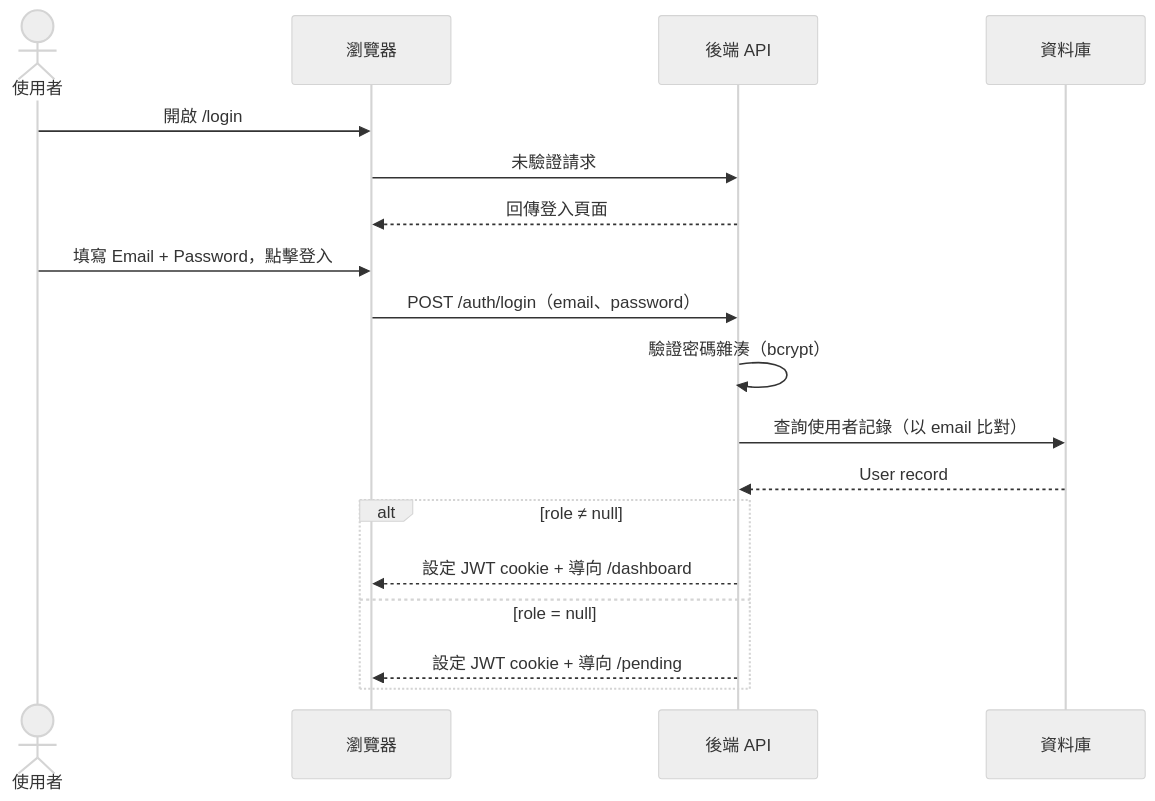
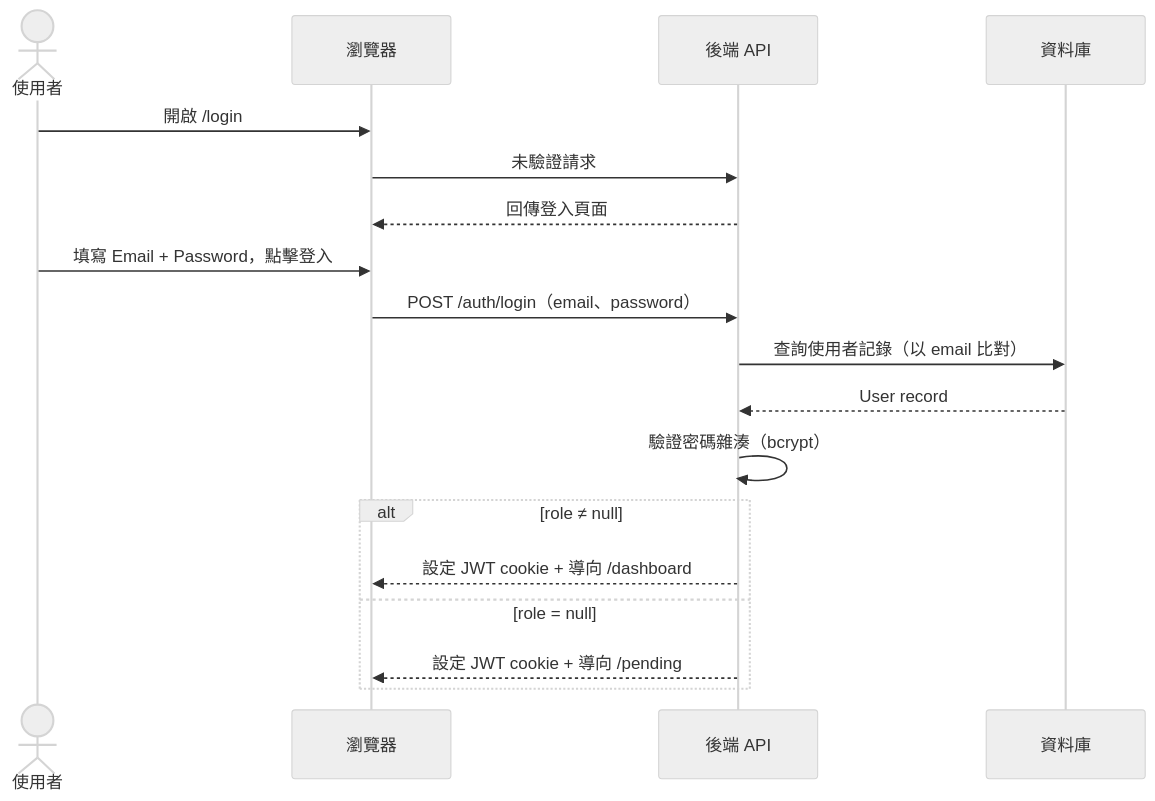
The first of 2 diagrams in specs/account/001-login-email-password/spec.md (singyichen/label-suite), drawn with Mermaid (neutral theme) before and after one commit. The commit also changed other lines of this file and 21 other files, not shown here.

````diff
--- a/specs/account/001-login-email-password/spec.md
+++ b/specs/account/001-login-email-password/spec.md
@@ -10,23 +10,23 @@
 ```mermaid
 sequenceDiagram
     actor 使用者
     participant 瀏覽器
     participant 後端API as 後端 API
     participant 資料庫
 
     使用者->>瀏覽器: 開啟 /login
     瀏覽器->>後端API: 未驗證請求
     後端API-->>瀏覽器: 回傳登入頁面
 
     使用者->>瀏覽器: 填寫 Email + Password，點擊登入
     瀏覽器->>後端API: POST /auth/login（email、password）
-    後端API->>後端API: 驗證密碼雜湊（bcrypt）
     後端API->>資料庫: 查詢使用者記錄（以 email 比對）
     資料庫-->>後端API: User record
+    後端API->>後端API: 驗證密碼雜湊（bcrypt）
 
     alt role ≠ null
         後端API-->>瀏覽器: 設定 JWT cookie + 導向 /dashboard
     else role = null
         後端API-->>瀏覽器: 設定 JWT cookie + 導向 /pending
     end
 ```
````
